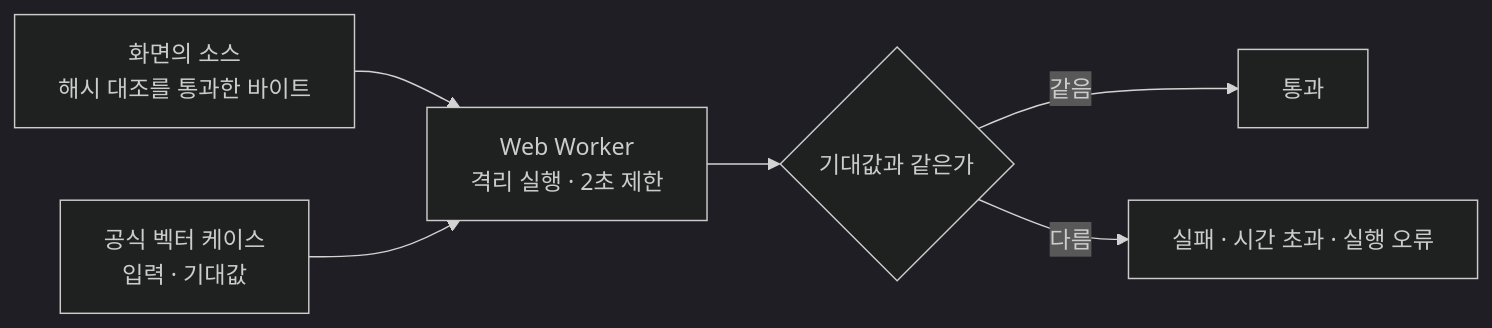
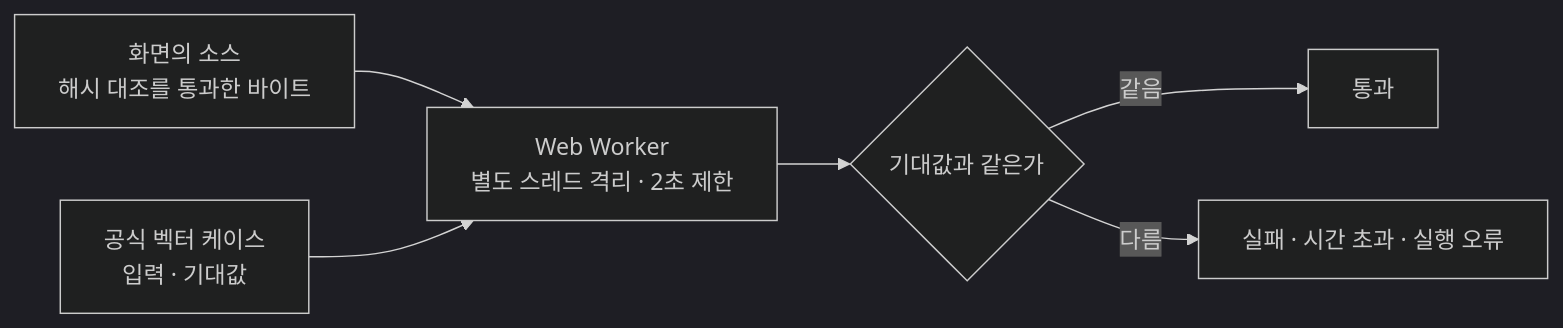
One commit to s-work-agency/ssw-algorithm-archive-public changed the second of 2 diagrams in README.md. Above: the diagram before and after it, drawn with Mermaid (dark theme). The commit also changed other lines of this file and 3 other files, not shown here.

````diff
--- a/README.md
+++ b/README.md
@@ -259,15 +259,15 @@
 ```mermaid
 flowchart LR
     S["화면의 소스<br/>해시 대조를 통과한 바이트"]
     C["공식 벡터 케이스<br/>입력 · 기대값"]
-    W["Web Worker<br/>격리 실행 · 2초 제한"]
+    W["Web Worker<br/>별도 스레드 격리 · 2초 제한"]
     J{"기대값과 같은가"}
     P["통과"]
     F["실패 · 시간 초과 · 실행 오류"]
 
     S --> W
     C --> W
     W --> J
     J -->|같음| P
     J -->|다름| F
 ```
````
